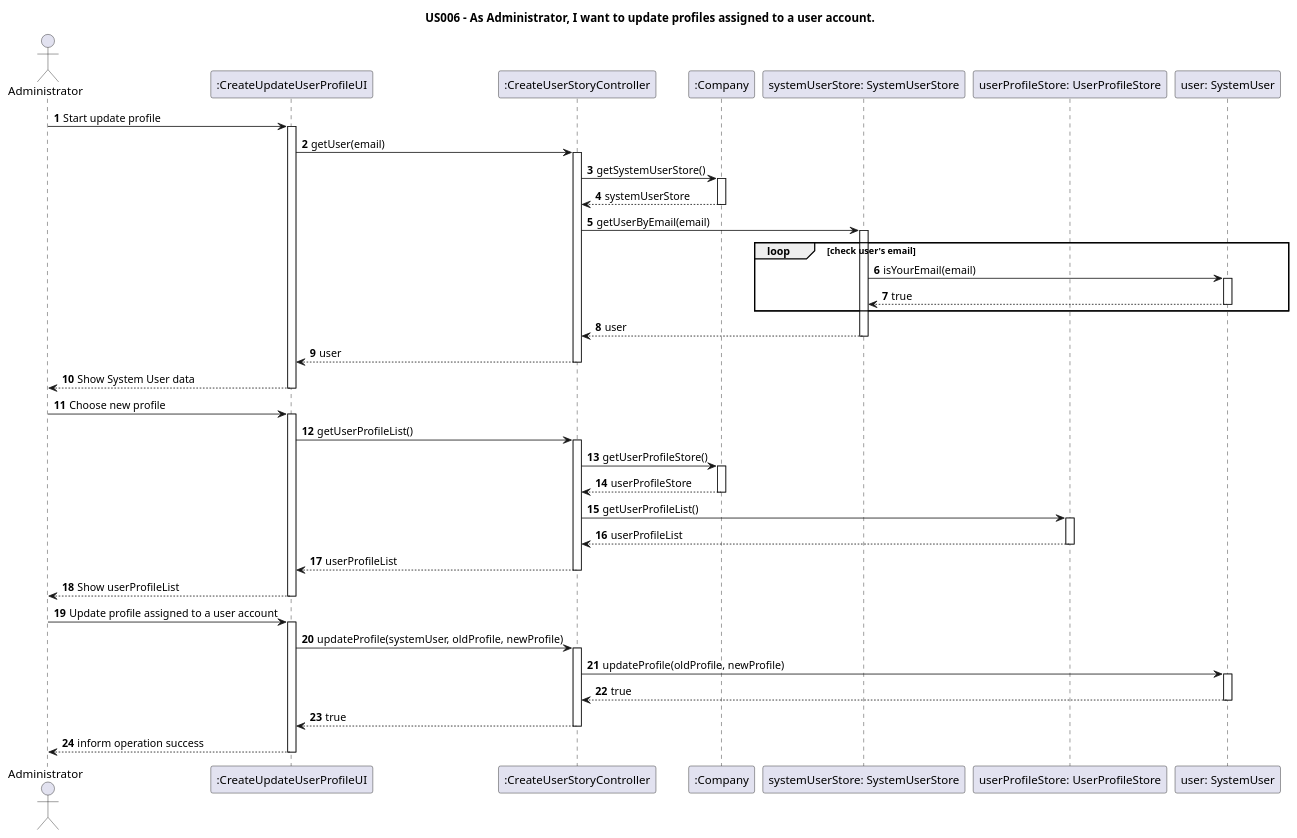
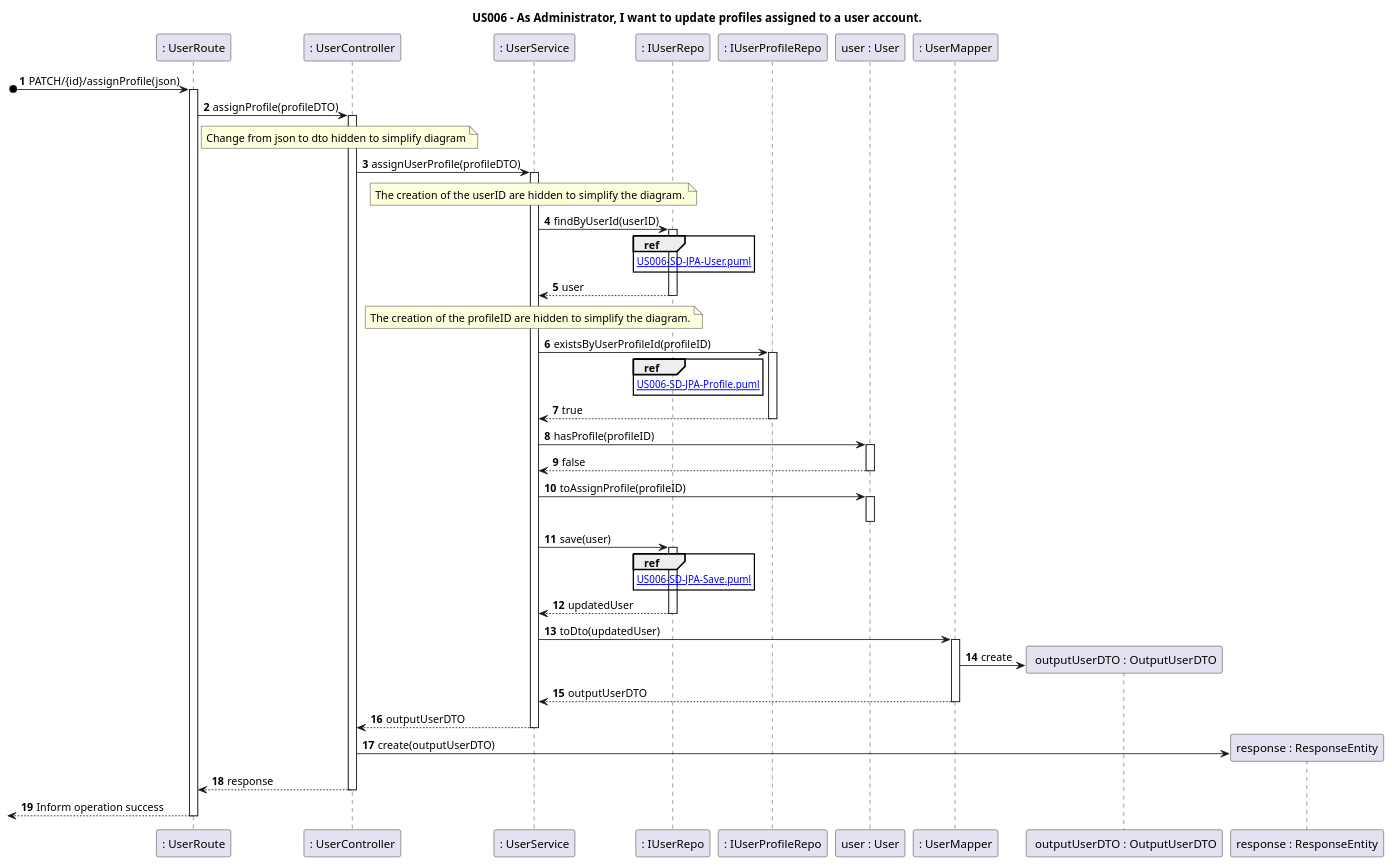
The diagram in docs/Sprint1/US006/US006-SD.puml (nunogon1211787/projectManagement), drawn with PlantUML before and after one commit. The commit also changed 49 other files, not shown here.

```diff
--- a/docs/Sprint1/US006/US006-SD.puml
+++ b/docs/Sprint1/US006/US006-SD.puml
@@ -1,47 +1,58 @@
 @startuml
 
 title "US006 - As Administrator, I want to update profiles assigned to a user account."
 
 autoactivate on
 autonumber
 
-actor "Administrator" as Administrator
-participant ":CreateUpdateUserProfileUI" as UI
-participant ":CreateUserStoryController" as Controller
-participant ":Company" as Company
-participant "systemUserStore: SystemUserStore" as UserStore
-participant "userProfileStore: UserProfileStore" as ProfileStore
-participant "user: SystemUser" as User
+
+participant ": UserRoute" as router
+participant ": UserController" as Controller
+participant ": UserService" as service
+participant ": IUserRepo" as repository
+participant ": IUserProfileRepo" as profileRepo
+participant "user : User" as user
+participant ": UserMapper" as mapper
+participant " outputUserDTO : OutputUserDTO" as outputUserDTO
+participant "response : ResponseEntity" as entity
 
 
 
-Administrator -> UI: Start update profile
-UI -> Controller: getUser(email)
-Controller -> Company: getSystemUserStore()
-return systemUserStore
-Controller -> UserStore: getUserByEmail(email)
-loop check user's email
-    UserStore -> User: isYourEmail(email)
-    return true
-end
+[o-> router: PATCH/{id}/assignProfile(json)
+router -> Controller: assignProfile(profileDTO)
+
+note right router: Change from json to dto hidden to simplify diagram
+
+Controller->service: assignUserProfile(profileDTO)
+
+note over service : The creation of the userID are hidden to simplify the diagram.
+
+service -> repository : findByUserId(userID)
+ref over repository: [[US006-SD-JPA-User.puml]]
 return user
-return user
-return Show System User data
 
-Administrator -> UI: Choose new profile
-UI -> Controller: getUserProfileList()
-Controller -> Company: getUserProfileStore()
-return userProfileStore
-Controller -> ProfileStore: getUserProfileList()
-return userProfileList
-return userProfileList
-return Show userProfileList
+note over service : The creation of the profileID are hidden to simplify the diagram.
 
-Administrator -> UI: Update profile assigned to a user account
-UI -> Controller: updateProfile(systemUser, oldProfile, newProfile)
-Controller -> User: updateProfile(oldProfile, newProfile)
+service -> profileRepo: existsByUserProfileId(profileID)
+ref over repository: [[US006-SD-JPA-Profile.puml]]
 return true
-return true
-return inform operation success
 
+service-> user: hasProfile(profileID)
+user-->service: false
+service-> user: toAssignProfile(profileID)
+deactivate
+
+service -> repository: save(user)
+ref over repository: [[US006-SD-JPA-Save.puml]]
+
+repository-->service: updatedUser
+service->mapper : toDto(updatedUser)
+mapper->outputUserDTO**: create
+return outputUserDTO
+service-->Controller: outputUserDTO
+Controller->entity**:create(outputUserDTO)
+
+
+Controller -->router: response
+[<--router : Inform operation success
 @enduml
```
